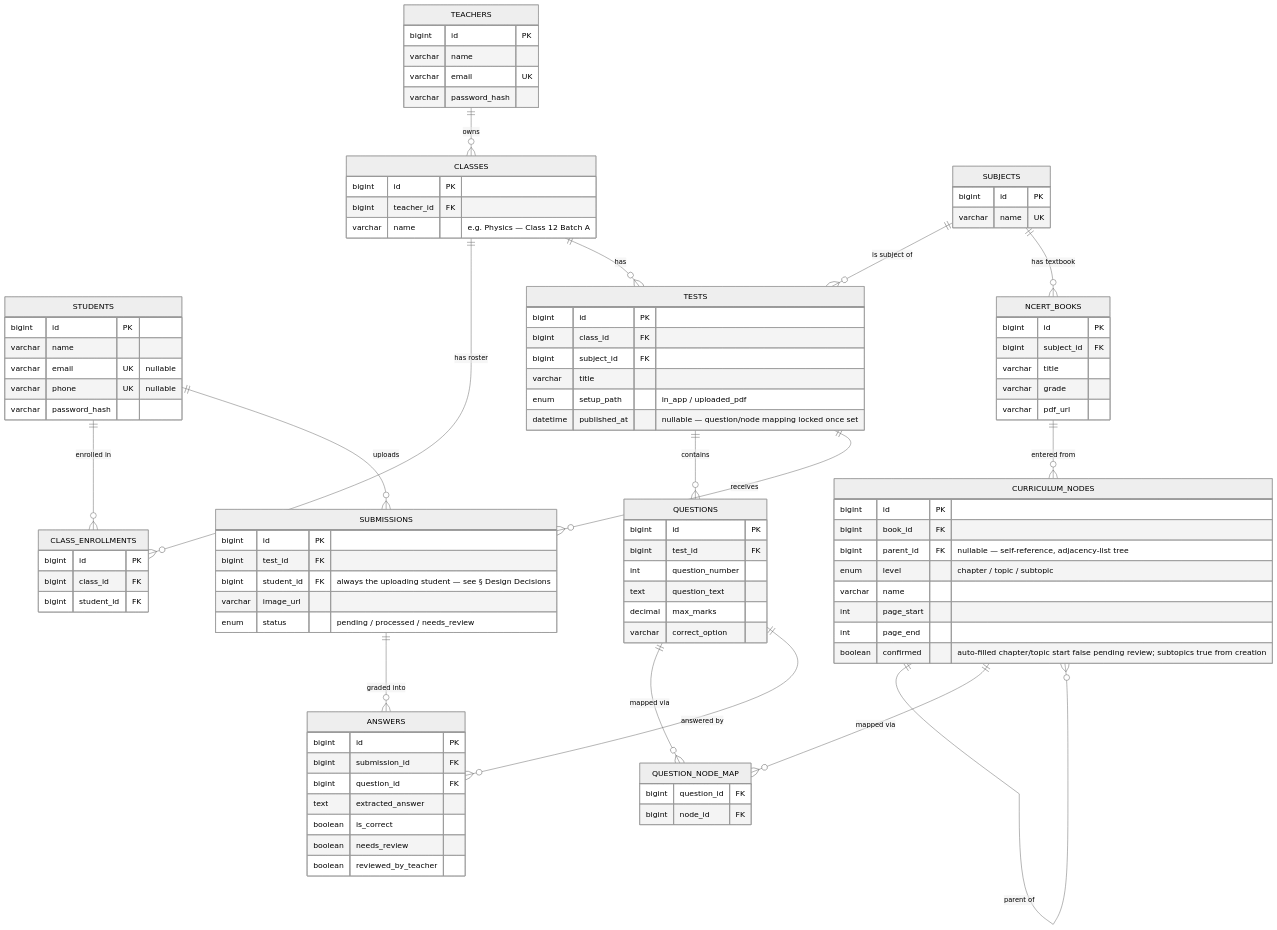
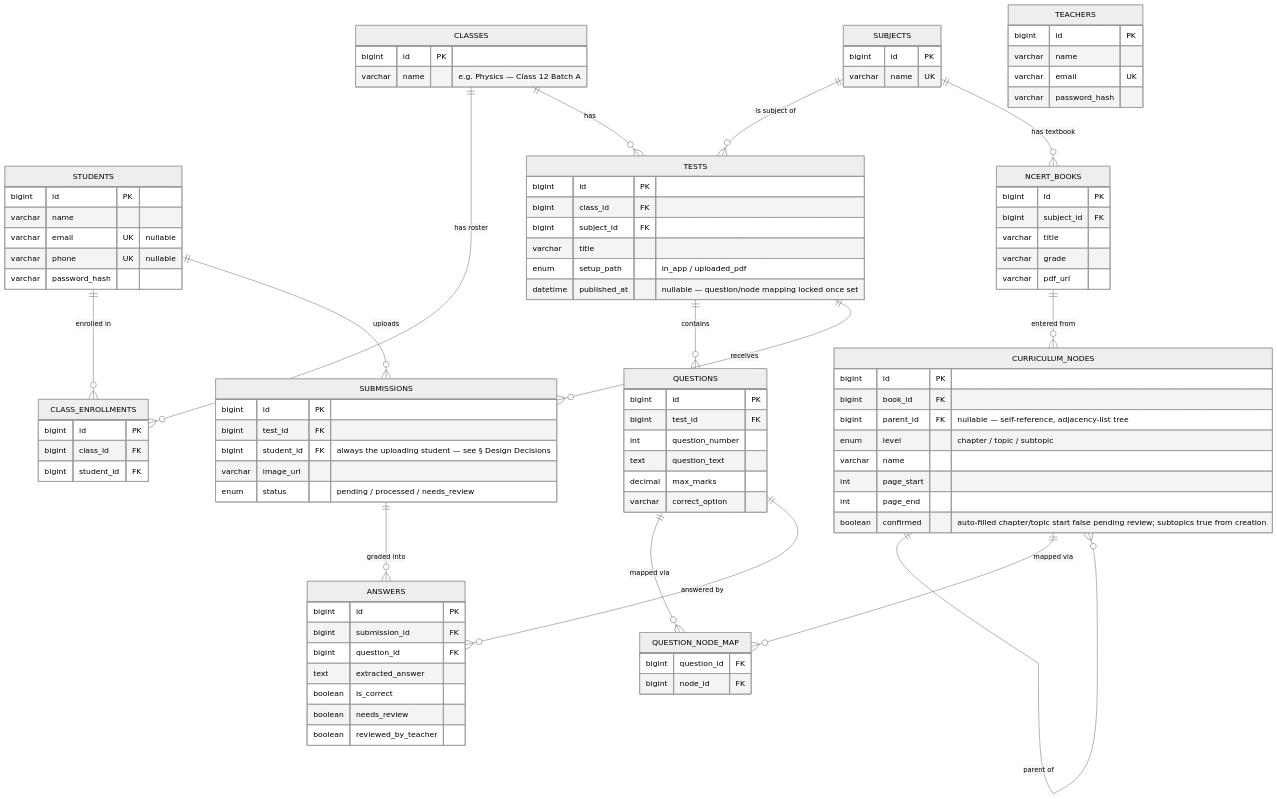
One commit to aaryashah1010/LearningManagement changed the diagram in docs/backend/database-design.md. Above: the diagram before and after it, drawn with Mermaid (neutral theme). The commit also changed other lines of this file and 24 other files, not shown here.

````diff
--- a/docs/backend/database-design.md
+++ b/docs/backend/database-design.md
@@ -11,6 +11,5 @@
 ```mermaid
 erDiagram
-    TEACHERS ||--o{ CLASSES : "owns"
     CLASSES ||--o{ CLASS_ENROLLMENTS : "has roster"
     STUDENTS ||--o{ CLASS_ENROLLMENTS : "enrolled in"
     CLASSES ||--o{ TESTS : "has"
@@ -43,7 +42,6 @@
 
     CLASSES {
         bigint id PK
-        bigint teacher_id FK
         varchar name "e.g. Physics — Class 12 Batch A"
     }
 
````
